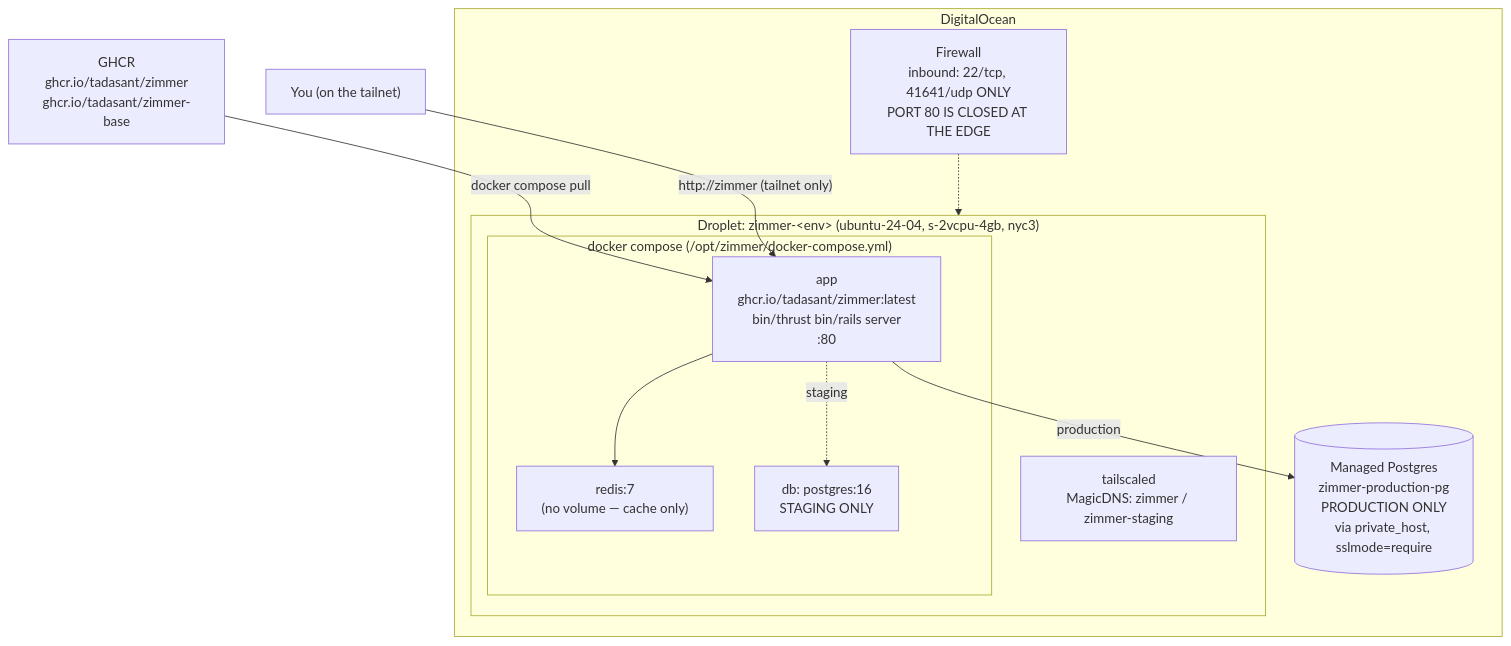
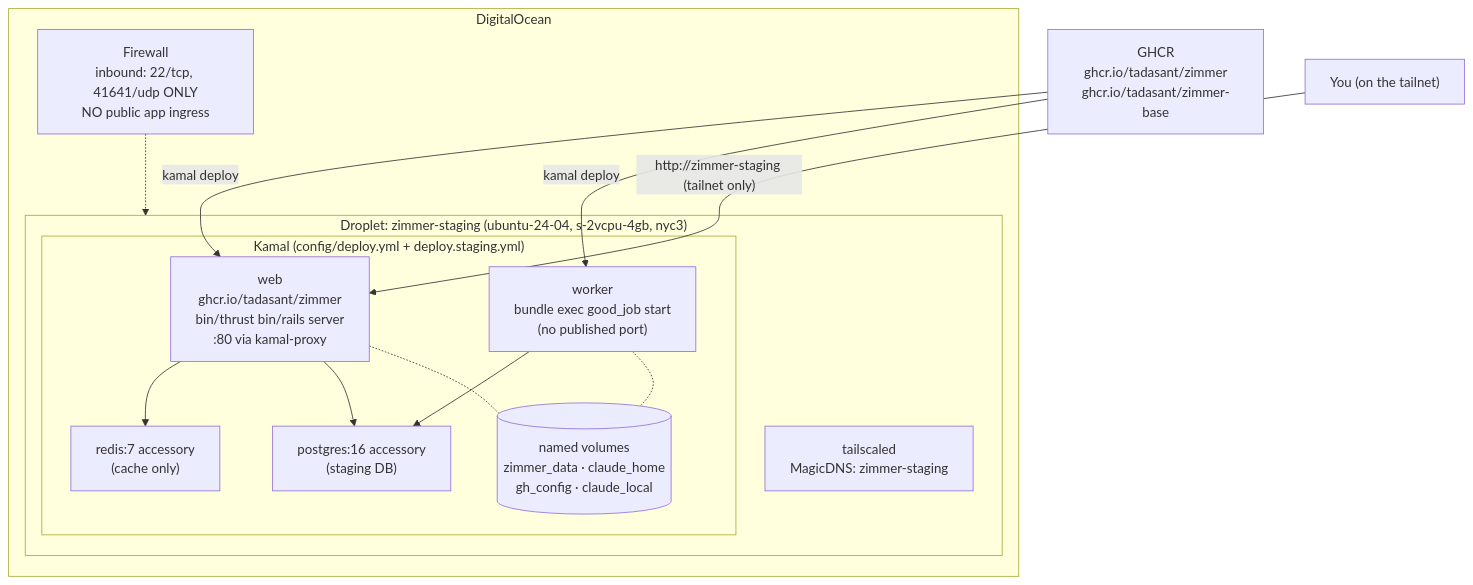
The first of 2 diagrams in docs/src/content/docs/operate/deploying.md (tadasant/zimmer), drawn with Mermaid before and after one commit. The commit also changed other lines of this file and 9 other files, not shown here.

````diff
--- a/docs/src/content/docs/operate/deploying.md
+++ b/docs/src/content/docs/operate/deploying.md
@@ -14,25 +22,29 @@
 ```mermaid
 flowchart TB
     subgraph do["DigitalOcean"]
-        subgraph droplet["Droplet: zimmer-&lt;env&gt; (ubuntu-24-04, s-2vcpu-4gb, nyc3)"]
-            subgraph compose["docker compose (/opt/zimmer/docker-compose.yml)"]
-                APP["app<br/>ghcr.io/tadasant/zimmer:latest<br/>bin/thrust bin/rails server<br/>:80"]
-                RDS["redis:7<br/>(no volume — cache only)"]
-                DBS["db: postgres:16<br/>STAGING ONLY"]
+        subgraph droplet["Droplet: zimmer-staging (ubuntu-24-04, s-2vcpu-4gb, nyc3)"]
+            subgraph kamal["Kamal (config/deploy.yml + deploy.staging.yml)"]
+                WEB["web<br/>ghcr.io/tadasant/zimmer<br/>bin/thrust bin/rails server<br/>:80 via kamal-proxy"]
+                WRK["worker<br/>bundle exec good_job start<br/>(no published port)"]
+                RDS["redis:7 accessory<br/>(cache only)"]
+                DBS["postgres:16 accessory<br/>(staging DB)"]
+                VOL[("named volumes<br/>zimmer_data · claude_home<br/>gh_config · claude_local")]
             end
-            TS["tailscaled<br/>MagicDNS: zimmer / zimmer-staging"]
+            TS["tailscaled<br/>MagicDNS: zimmer-staging"]
         end
-        FW["Firewall<br/>inbound: 22/tcp, 41641/udp ONLY<br/>PORT 80 IS CLOSED AT THE EDGE"]
-        MPG[("Managed Postgres<br/>zimmer-production-pg<br/>PRODUCTION ONLY<br/>via private_host, sslmode=require")]
+        FW["Firewall<br/>inbound: 22/tcp, 41641/udp ONLY<br/>NO public app ingress"]
     end
 
     GH["GHCR<br/>ghcr.io/tadasant/zimmer<br/>ghcr.io/tadasant/zimmer-base"]
     U["You (on the tailnet)"]
 
-    GH -->|"docker compose pull"| APP
-    APP --> RDS
-    APP -.->|staging| DBS
-    APP -->|production| MPG
-    U -->|"http://zimmer (tailnet only)"| APP
+    GH -->|"kamal deploy"| WEB
+    GH -->|"kamal deploy"| WRK
+    WEB --> RDS
+    WEB --> DBS
+    WRK --> DBS
+    WEB -.- VOL
+    WRK -.- VOL
+    U -->|"http://zimmer-staging (tailnet only)"| WEB
     FW -.-> droplet
 ```
````
